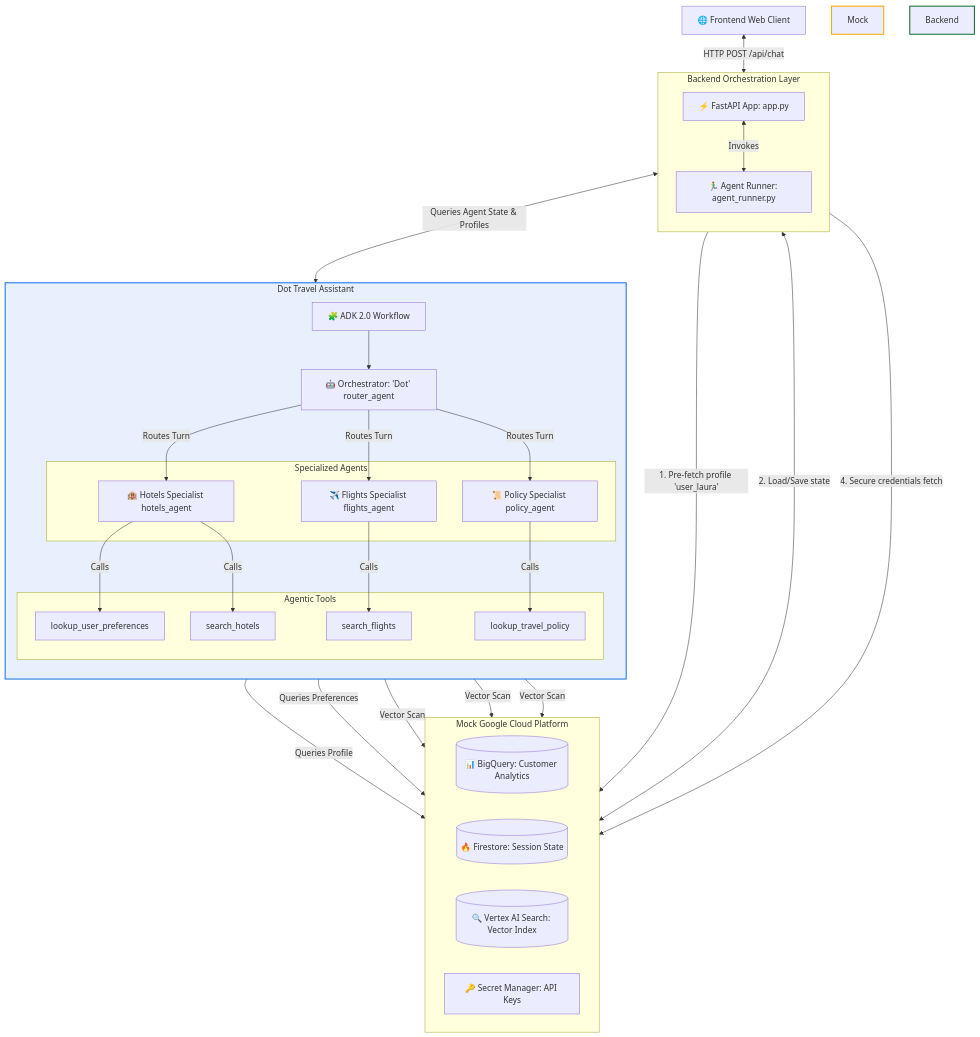
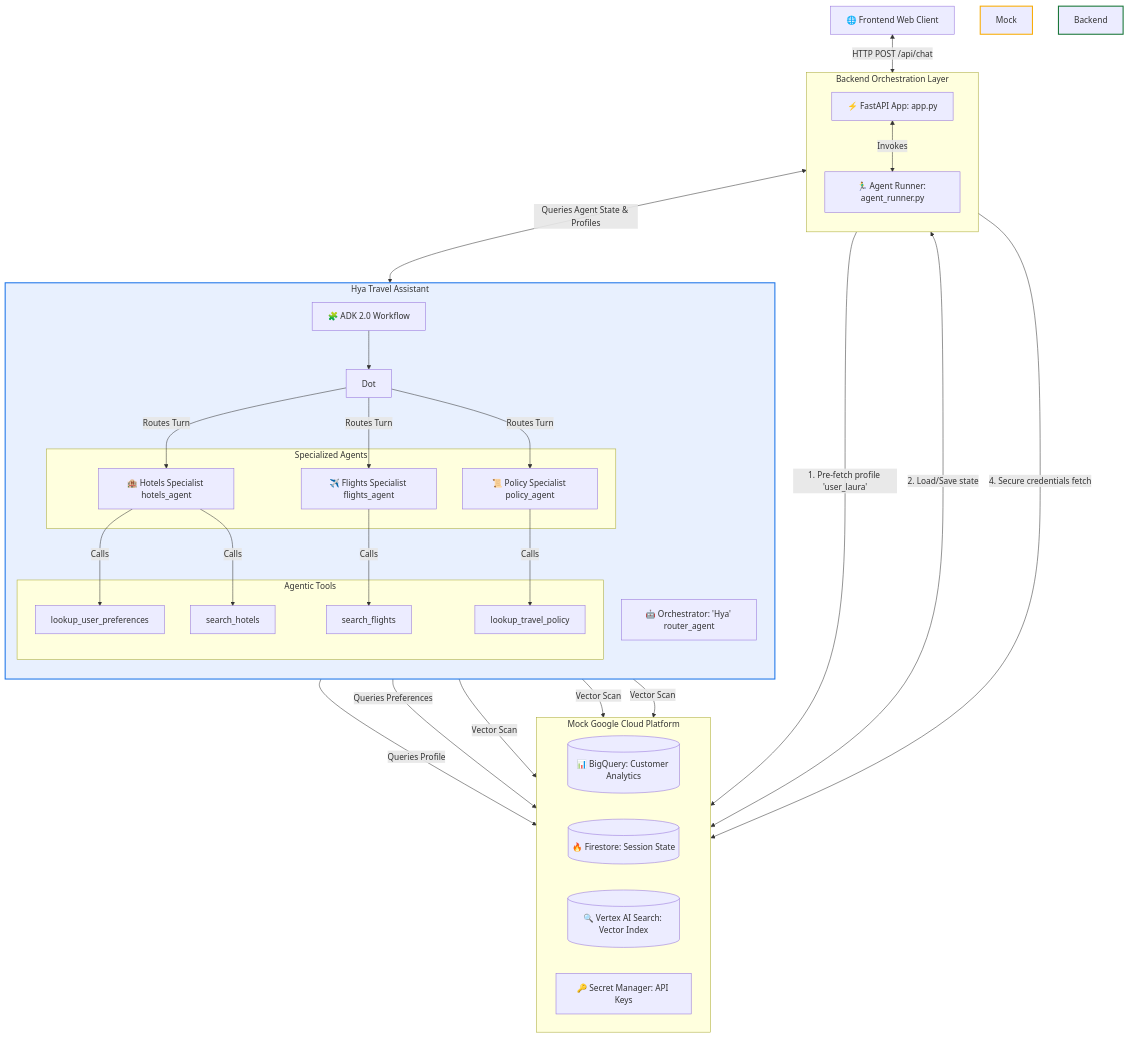
One commit to hning86/conversational-travel-agent changed the diagram in README.md. Above: the diagram before and after it, drawn with Mermaid. The commit also changed other lines of this file and 5 other files, not shown here.

````diff
--- a/README.md
+++ b/README.md
@@ -13,62 +13,62 @@
 ```mermaid
 graph TD
     User[🌐 Frontend Web Client] <-->|HTTP POST /api/chat| AppAPI[⚡ FastAPI App: app.py]
     
     subgraph Backend Orchestration [Backend Orchestration Layer]
         direction TB
         AppAPI <-->|Invokes| Runner[🏃‍♂️ Agent Runner: agent_runner.py]
     end
     
-    subgraph travel_agent [Dot Travel Assistant]
+    subgraph travel_agent [Hya Travel Assistant]
         direction TB
         Workflow[🧩 ADK 2.0 Workflow]
-        Dot[🤖 Orchestrator: 'Dot' router_agent]
+        Hya[🤖 Orchestrator: 'Hya' router_agent]
         
         subgraph Agents [Specialized Agents]
             Hotels[🏨 Hotels Specialist hotels_agent]
             Flights[✈️ Flights Specialist flights_agent]
             Policy[📜 Policy Specialist policy_agent]
         end
         
         subgraph Tools [Agentic Tools]
             pref_tool[lookup_user_preferences]
             hotel_tool[search_hotels]
             flight_tool[search_flights]
             policy_tool[lookup_travel_policy]
         end
         
         Workflow --> Dot
         Dot -->|Routes Turn| Hotels
         Dot -->|Routes Turn| Flights
         Dot -->|Routes Turn| Policy
         
         Hotels -->|Calls| pref_tool
         Hotels -->|Calls| hotel_tool
         Flights -->|Calls| flight_tool
         Policy -->|Calls| policy_tool
     end
     
     Runner <-->|Queries Agent State & Profiles| travel_agent
     
     subgraph Mock GCP System [Mock Google Cloud Platform]
         direction LR
         BQ[(📊 BigQuery: Customer Analytics)]
         FS[(🔥 Firestore: Session State)]
         VS[(🔍 Vertex AI Search: Vector Index)]
         SM[🔑 Secret Manager: API Keys]
     end
     
     Runner -->|1. Pre-fetch profile 'user_laura'| BQ
     Runner <-->|2. Load/Save state| FS
     Runner -->|4. Secure credentials fetch| SM
     
     pref_tool -->|Queries Profile| BQ
     hotel_tool -->|Queries Preferences| BQ
     hotel_tool -->|Vector Scan| VS
     flight_tool -->|Vector Scan| VS
     policy_tool -->|Vector Scan| VS
     
     style travel_agent fill:#e8f0fe,stroke:#1a73e8,stroke-width:2px
     style Mock GCP System fill:#fef7e0,stroke:#f9ab00,stroke-width:2px
     style Backend Orchestration fill:#e6f4ea,stroke:#137333,stroke-width:2px
 ```
````
